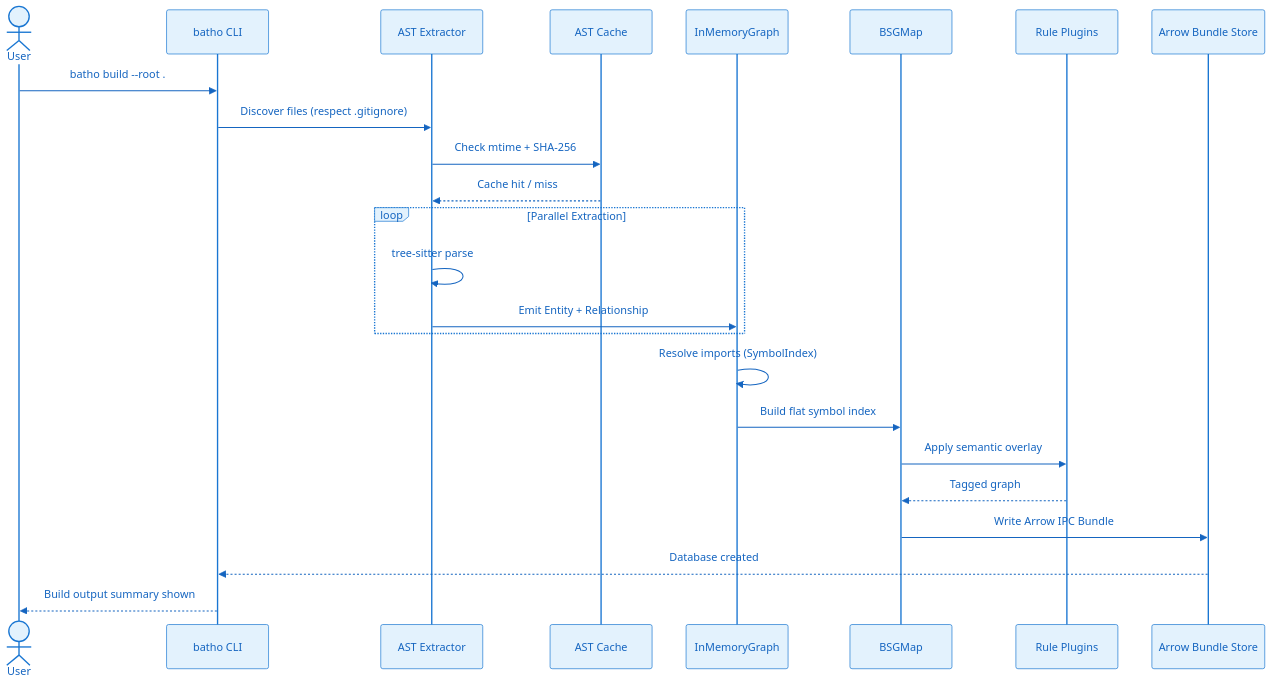
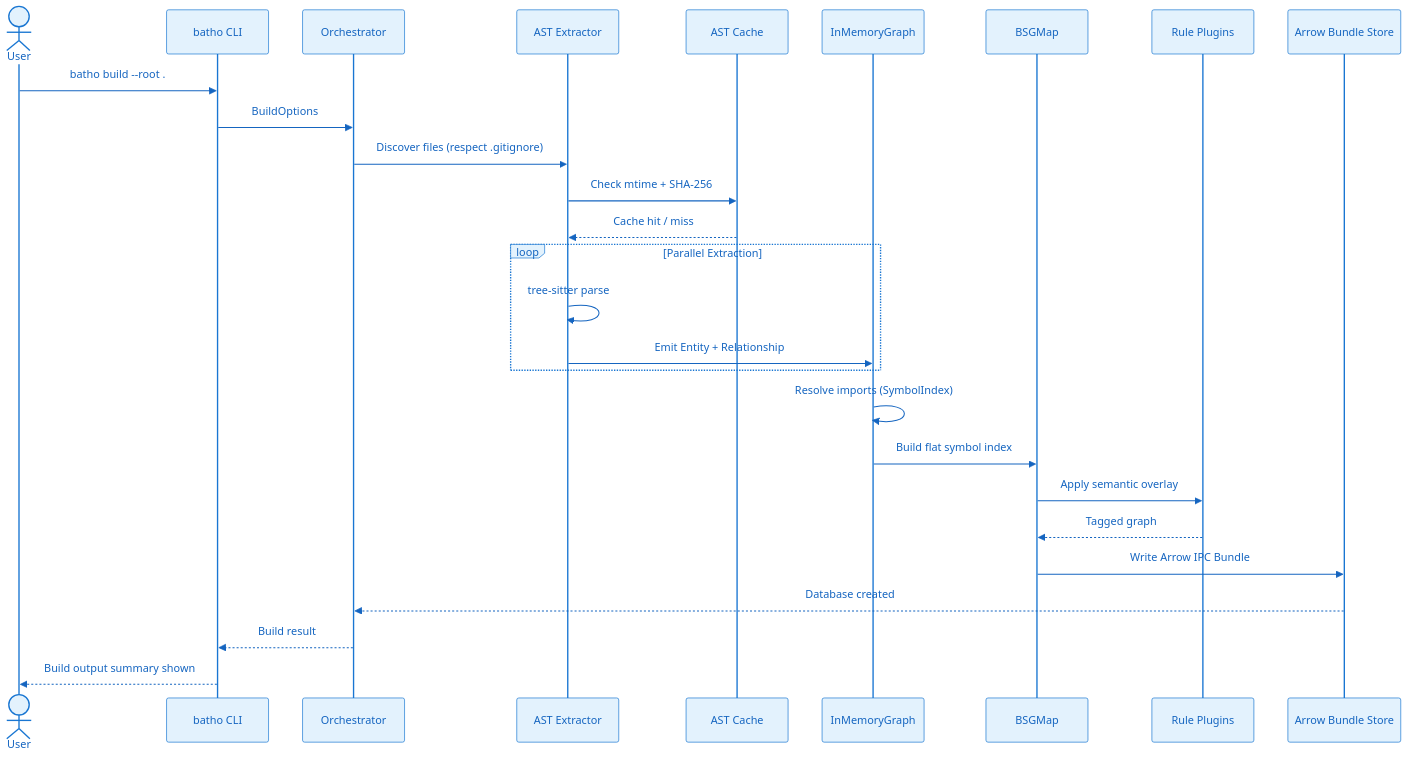
One commit to sageoz/Batho changed the second of 2 diagrams in docs-site/docs/whitepaper/architecture.md. Above: the diagram before and after it, drawn with Mermaid. The commit also changed other lines of this file and 16 other files, not shown here.

Commit message:
chore: update whitepaper section numbering, add orchestrator layer to architecture docs, expand BSG plugin catalog

````diff
--- a/docs-site/docs/whitepaper/architecture.md
+++ b/docs-site/docs/whitepaper/architecture.md
@@ -67,28 +71,31 @@
 ```mermaid
 %%{init: {'theme': 'base', 'themeVariables': { 'primaryColor': '#e3f2fd', 'primaryTextColor': '#1565c0', 'primaryBorderColor': '#1976d2', 'lineColor': '#42a5f5', 'secondaryColor': '#f3e5f5', 'tertiaryColor': '#e8f5e9'}}}%%
 sequenceDiagram
     actor User
     participant CLI as batho CLI
+    participant Orch as Orchestrator
     participant Extractor as AST Extractor
     participant Cache as AST Cache
     participant Graph as InMemoryGraph
     participant BSG as BSGMap
     participant Rules as Rule Plugins
     participant Store as Arrow Bundle Store
 
     User->>CLI: batho build --root .
-    CLI->>Extractor: Discover files (respect .gitignore)
+    CLI->>Orch: BuildOptions
+    Orch->>Extractor: Discover files (respect .gitignore)
     Extractor->>Cache: Check mtime + SHA-256
     Cache-->>Extractor: Cache hit / miss
     loop Parallel Extraction
         Extractor->>Extractor: tree-sitter parse
         Extractor->>Graph: Emit Entity + Relationship
     end
     Graph->>Graph: Resolve imports (SymbolIndex)
     Graph->>BSG: Build flat symbol index
     BSG->>Rules: Apply semantic overlay
     Rules-->>BSG: Tagged graph
     BSG->>Store: Write Arrow IPC Bundle
-    Store-->>CLI: Database created
+    Store-->>Orch: Database created
+    Orch-->>CLI: Build result
     CLI-->>User: Build output summary shown
 ```
````
